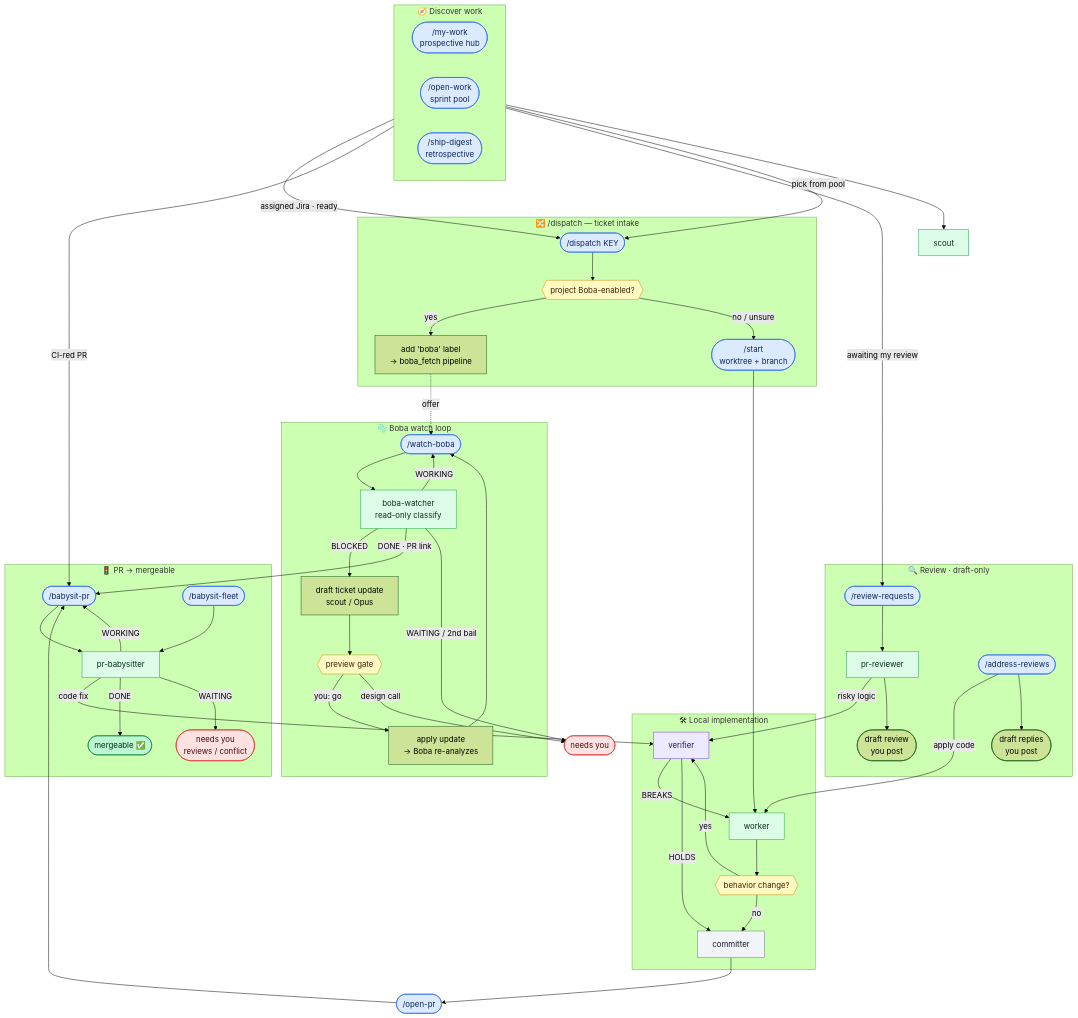
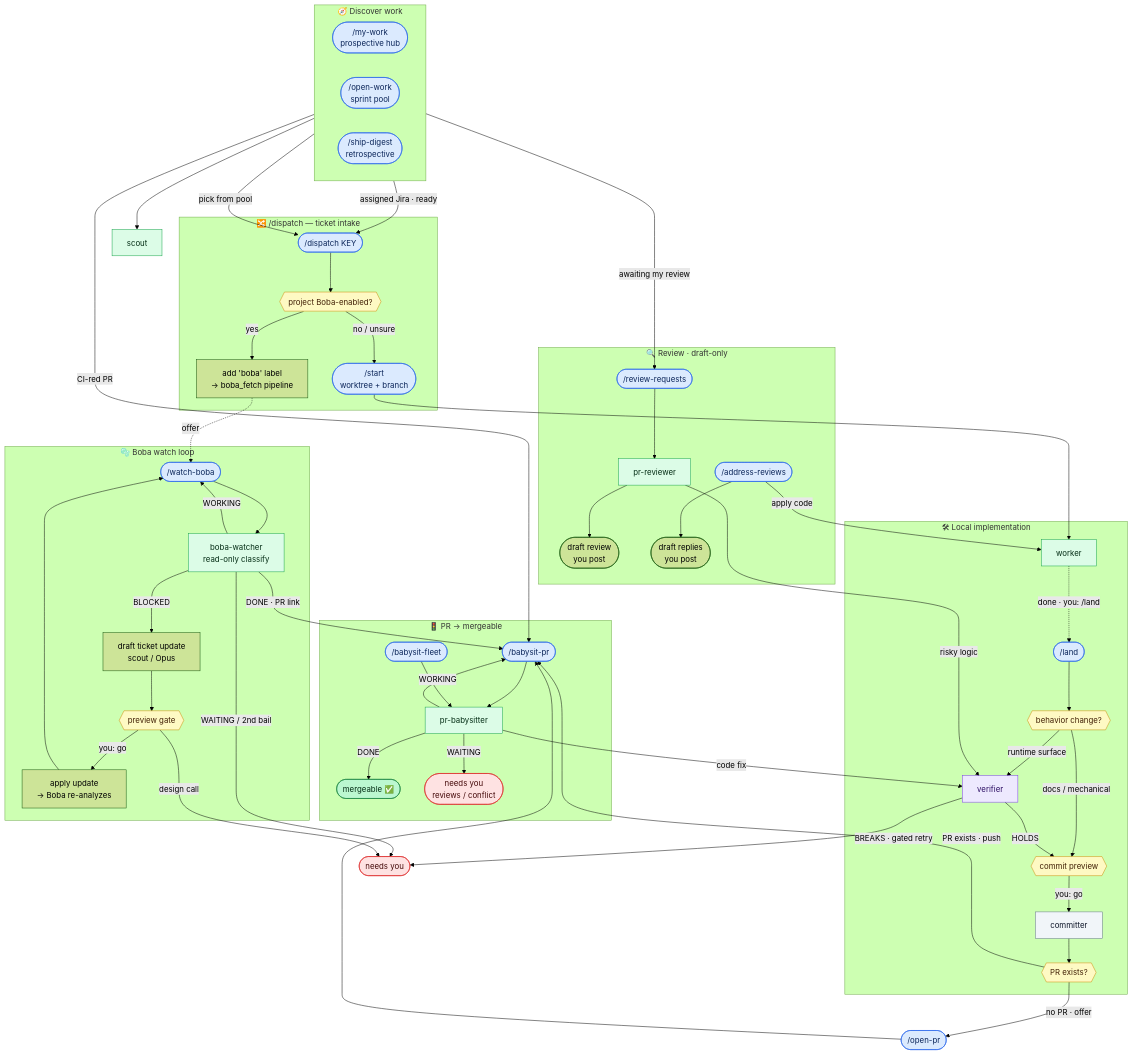
The diagram in WORKFLOWS.md (timopruesse/.dotfiles), drawn with Mermaid (forest theme) before and after one commit. The commit also changed other lines of this file and 2 other files, not shown here.

Commit message:
feat(claude): add /land command and wire committer into PR-path
Closes the gap in the local (non-Boba) PR path by adding the `/land` command,
which orchestrates the post-worker conveyor: verifier gate on runtime surface
(surfaces BREAKS without looping), commit via committer behind a preview gate,
then branches on PR existence to either offer /open-pr or push the follow-up
commit and offer /babysit-pr. This finally wires the committer agent into a
command where it's actually used and documents the otherwise-missing step
between worker implementation and PR opening.

````diff
--- a/WORKFLOWS.md
+++ b/WORKFLOWS.md
@@ -33,9 +33,12 @@
 
     subgraph impl["🛠 Local implementation"]
         WK["worker"]
+        LND(["/land"])
         VG{{"behavior change?"}}
         VER["verifier"]
+        LPG{{"commit preview"}}
         CM["committer"]
+        PRQ{{"PR exists?"}}
     end
 
     subgraph pr["🚦 PR → mergeable"]
@@ -81,12 +84,16 @@
     BW -->|"WAITING / 2nd bail"| HUM1
     PG -->|"design call"| HUM1
 
-    WK --> VG
-    VG -->|"yes"| VER
-    VER -->|"BREAKS"| WK
-    VER -->|"HOLDS"| CM
-    VG -->|"no"| CM
-    CM --> OP
+    WK -. "done · you: /land" .-> LND
+    LND --> VG
+    VG -->|"runtime surface"| VER
+    VG -->|"docs / mechanical"| LPG
+    VER -->|"HOLDS"| LPG
+    VER -->|"BREAKS · gated retry"| HUM1
+    LPG -->|"you: go"| CM
+    CM --> PRQ
+    PRQ -->|"no PR · offer"| OP
+    PRQ -->|"PR exists · push"| BP
     OP --> BP
 
     BP --> PRB
@@ -111,11 +118,11 @@
     classDef human   fill:#fee2e2,stroke:#dc2626,color:#450a0a;
     classDef done    fill:#bbf7d0,stroke:#15803d,color:#052e16;
 
-    class MW,OW,SD,WB,DSP,ST,OP,BP,FL,RR,AR command;
+    class MW,OW,SD,WB,DSP,ST,OP,BP,FL,RR,AR,LND command;
     class SCOUT,BW,WK,PRB,PRR sonnet;
     class VER opus;
     class CM haiku;
-    class DISP,PG,VG gate;
+    class DISP,PG,VG,LPG,PRQ gate;
     class HUM1,HUM2 human;
     class MERGE done;
 ```
````
